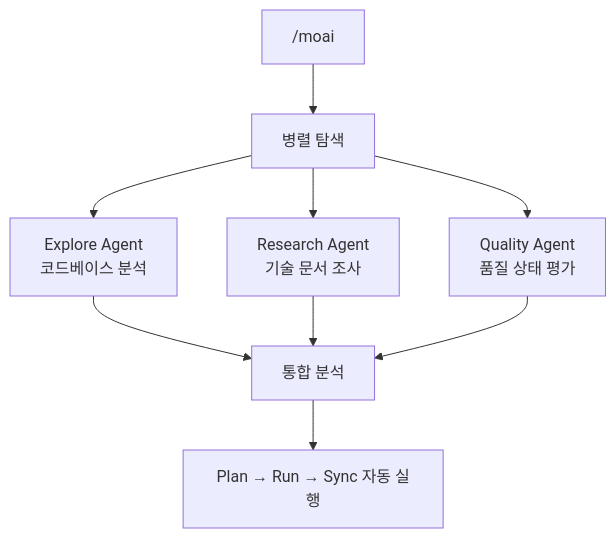
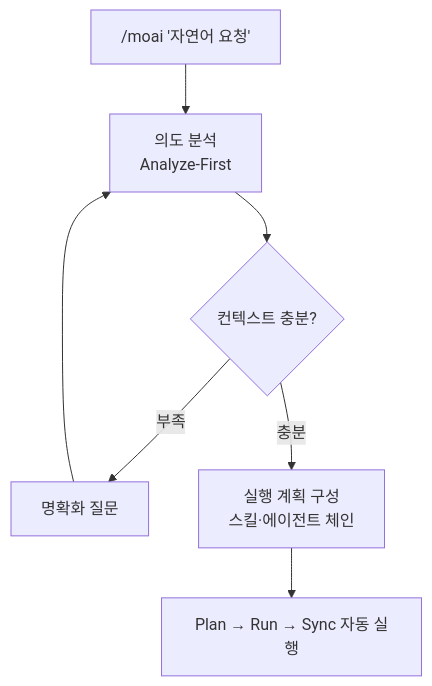
Before and after one commit to modu-ai/moai-adk: the eighth of 9 diagrams in docs-site/content/ko/getting-started/quickstart.md, drawn with Mermaid. The commit also changed other lines of this file and 395 other files, not shown here.

````diff
--- a/docs-site/content/ko/getting-started/quickstart.md
+++ b/docs-site/content/ko/getting-started/quickstart.md
@@ -290,13 +292,9 @@
 ```mermaid
 flowchart TB
-    A["/moai"] --> B[병렬 탐색]
-    B --> C["Explore Agent<br>코드베이스 분석"]
-    B --> D["Research Agent<br>기술 문서 조사"]
-    B --> E["Quality Agent<br>품질 상태 평가"]
-
-    C --> F[통합 분석]
-    D --> F
-    E --> F
-
-    F --> G["Plan → Run → Sync 자동 실행"]
+    A["/moai '자연어 요청'"] --> B["의도 분석<br>Analyze-First"]
+    B --> C{"컨텍스트 충분?"}
+    C -->|"부족"| D["명확화 질문"]
+    D --> B
+    C -->|"충분"| E["실행 계획 구성<br>스킬·에이전트 체인"]
+    E --> F["Plan → Run → Sync 자동 실행"]
 ```
````
